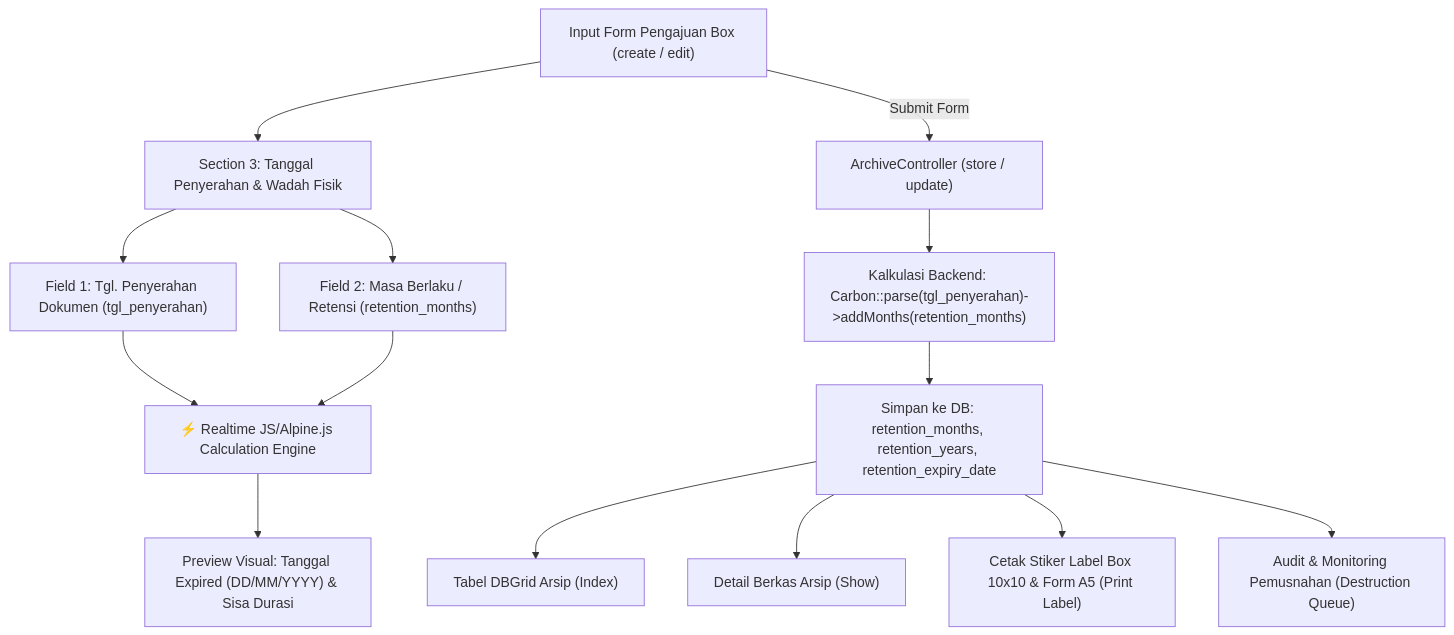
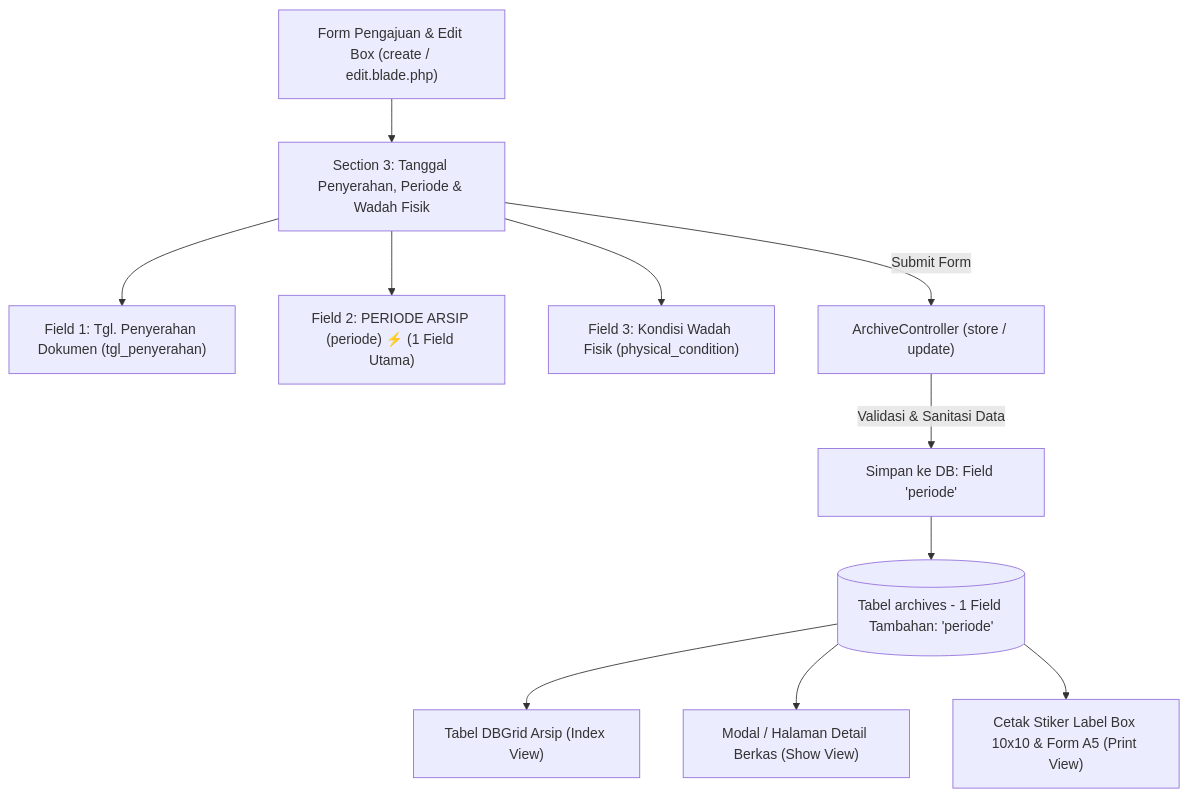
The diagram in implementation_revisi_3.md (indracodev/indraco-arsip-laravel-7), drawn with Mermaid before and after one commit. The commit also changed other lines of this file and 10 other files, not shown here.

Commit message:
feat: add archive management module with migration, model, controller, and views

````diff
--- a/implementation_revisi_3.md
+++ b/implementation_revisi_3.md
@@ -23,18 +27,16 @@
 ```mermaid
 graph TD
-    A["Input Form Pengajuan Box (create / edit)"] --> B["Section 3: Tanggal Penyerahan & Wadah Fisik"]
+    A["Form Pengajuan & Edit Box (create / edit.blade.php)"] --> B["Section 3: Tanggal Penyerahan, Periode & Wadah Fisik"]
     B --> C["Field 1: Tgl. Penyerahan Dokumen (tgl_penyerahan)"]
-    B --> D["Field 2: Masa Berlaku / Retensi (retention_months)"]
+    B --> D["Field 2: PERIODE ARSIP (periode) ⚡ (1 Field Utama)"]
+    B --> E["Field 3: Kondisi Wadah Fisik (physical_condition)"]
     
-    C & D --> E["⚡ Realtime JS/Alpine.js Calculation Engine"]
-    E --> F["Preview Visual: Tanggal Expired (DD/MM/YYYY) & Sisa Durasi"]
+    B -->|Submit Form| F["ArchiveController (store / update)"]
+    F -->|Validasi & Sanitasi Data| G["Simpan ke DB: Field 'periode'"]
     
-    A -->|Submit Form| G["ArchiveController (store / update)"]
-    G --> H["Kalkulasi Backend: Carbon::parse(tgl_penyerahan)->addMonths(retention_months)"]
-    H --> I["Simpan ke DB: retention_months, retention_years, retention_expiry_date"]
+    G --> H[(Tabel archives - 1 Field Tambahan: 'periode')]
     
-    I --> J["Tabel DBGrid Arsip (Index)"]
-    I --> K["Detail Berkas Arsip (Show)"]
-    I --> L["Cetak Stiker Label Box 10x10 & Form A5 (Print Label)"]
-    I --> M["Audit & Monitoring Pemusnahan (Destruction Queue)"]
+    H --> I["Tabel DBGrid Arsip (Index View)"]
+    H --> J["Modal / Halaman Detail Berkas (Show View)"]
+    H --> K["Cetak Stiker Label Box 10x10 & Form A5 (Print View)"]
 ```
````
